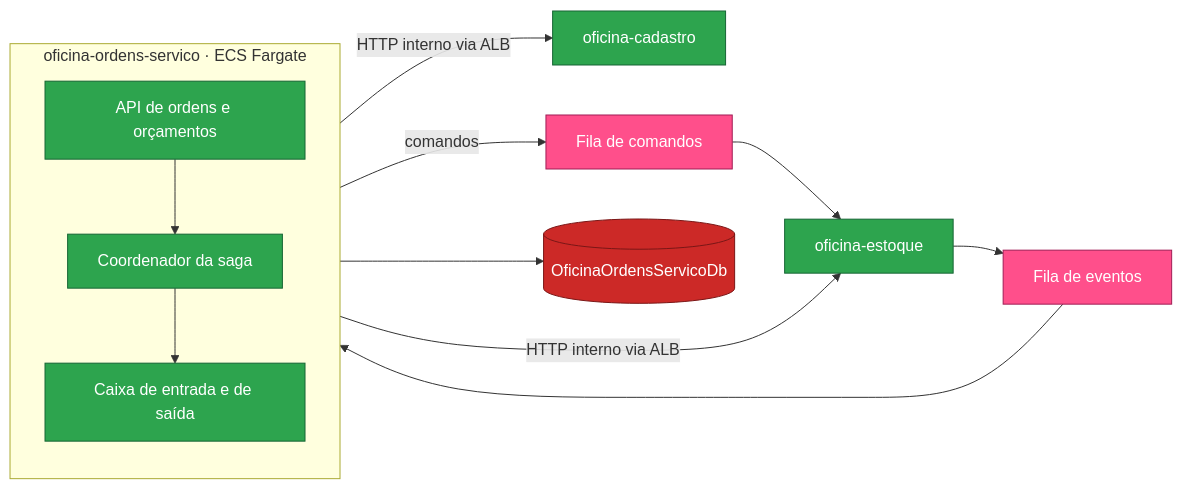
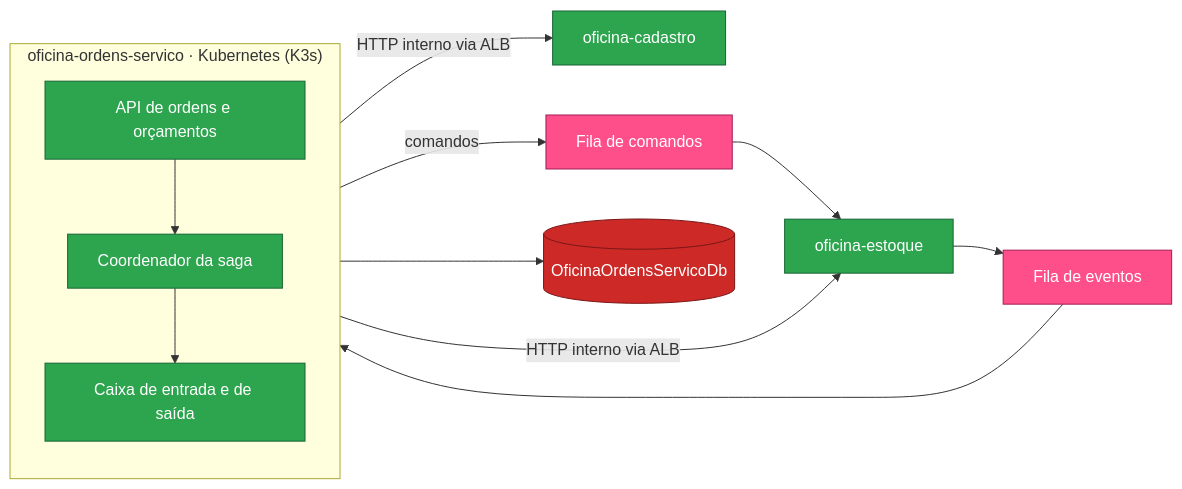
The third of 3 diagrams in README.md (fabianorodrigues/oficina-ordens-servico-fiap-fase4), drawn with Mermaid before and after one commit. The commit also changed other lines of this file and 28 other files, not shown here.

````diff
--- a/README.md
+++ b/README.md
@@ -103,25 +103,25 @@
 ```mermaid
 flowchart LR
-    subgraph Ordens["oficina-ordens-servico · ECS Fargate"]
+    subgraph Ordens["oficina-ordens-servico · Kubernetes (K3s)"]
         direction TB
         API["API de ordens e orçamentos"]
         Saga["Coordenador da saga"]
         Msg["Caixa de entrada e de saída"]
         API --> Saga --> Msg
     end
 
     Ordens -->|"HTTP interno via ALB"| Cadastro["oficina-cadastro"]
     Ordens -->|"HTTP interno via ALB"| Estoque["oficina-estoque"]
     Msg -->|"comandos"| FC["Fila de comandos"]
     FE["Fila de eventos"] --> Msg
     FC --> Estoque
     Estoque --> FE
     Ordens --> DB[("OficinaOrdensServicoDb")]
 
     classDef svc fill:#2da44e,stroke:#166534,color:#fff
     classDef data fill:#CC2927,stroke:#7a1717,color:#fff
     classDef queue fill:#FF4F8B,stroke:#a11d55,color:#fff
     class API,Saga,Msg,Cadastro,Estoque svc
     class DB data
     class FC,FE queue
 ```
````
